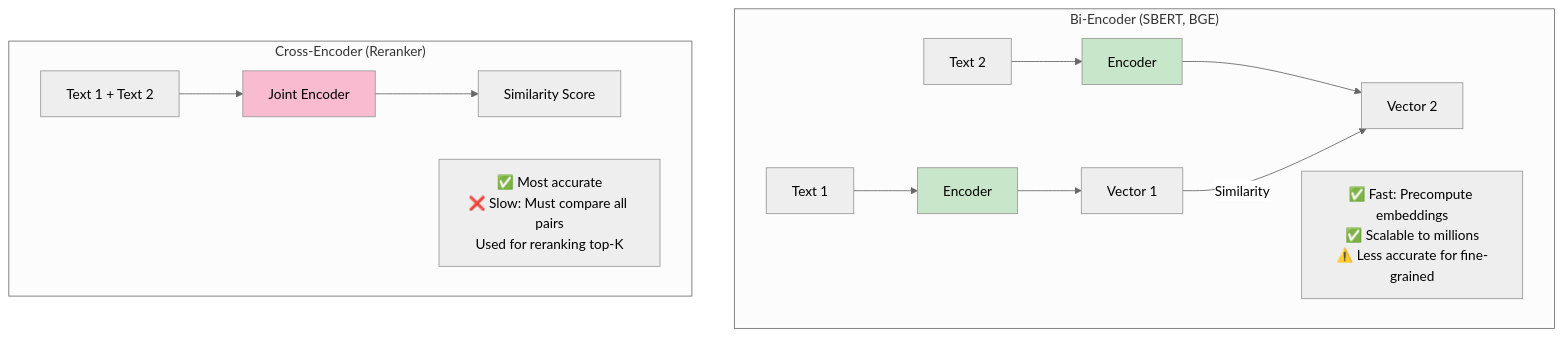
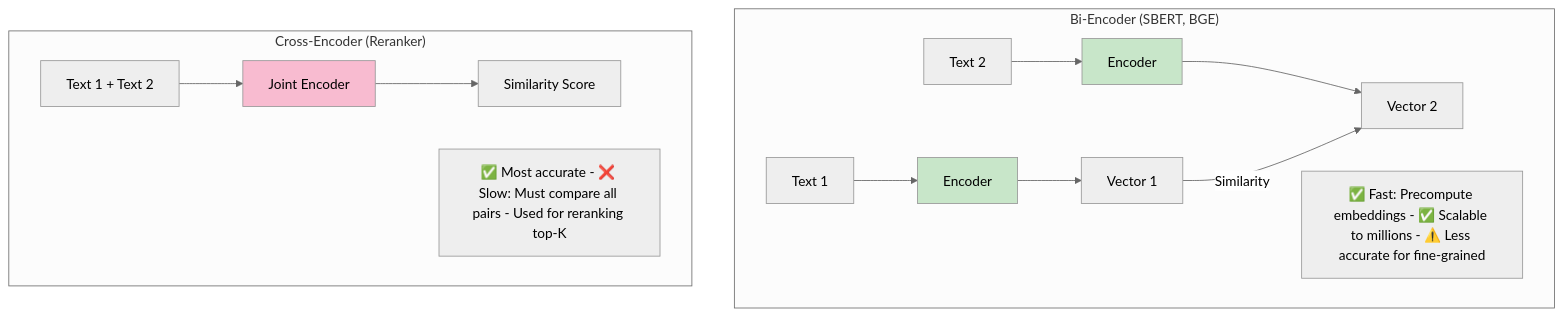
The fifth of 9 diagrams in docs/learning/02-embeddings-vectors.md (indhra/llm_rag_sec_findings), drawn with Mermaid (neutral theme) before and after one commit. The commit also changed other lines of this file and 9 other files, not shown here.

````diff
--- a/docs/learning/02-embeddings-vectors.md
+++ b/docs/learning/02-embeddings-vectors.md
@@ -199,23 +199,23 @@
 ```mermaid
 graph TB
     subgraph "Bi-Encoder (SBERT, BGE)"
         T1[Text 1] --> E1[Encoder]
         T2[Text 2] --> E2[Encoder]
         E1 --> V1[Vector 1]
         E2 --> V2[Vector 2]
         V1 -->|Similarity| V2
         
-        P1[✅ Fast: Precompute embeddings<br/>✅ Scalable to millions<br/>⚠️ Less accurate for fine-grained]
+        P1[✅ Fast: Precompute embeddings - ✅ Scalable to millions - ⚠️ Less accurate for fine-grained]
     end
     
     subgraph "Cross-Encoder (Reranker)"
         T3[Text 1 + Text 2] --> E3[Joint Encoder]
         E3 --> S[Similarity Score]
         
-        P2[✅ Most accurate<br/>❌ Slow: Must compare all pairs<br/>Used for reranking top-K]
+        P2[✅ Most accurate - ❌ Slow: Must compare all pairs - Used for reranking top-K]
     end
     
     style E1 fill:#c8e6c9
     style E2 fill:#c8e6c9
     style E3 fill:#f8bbd0
 ```
````
